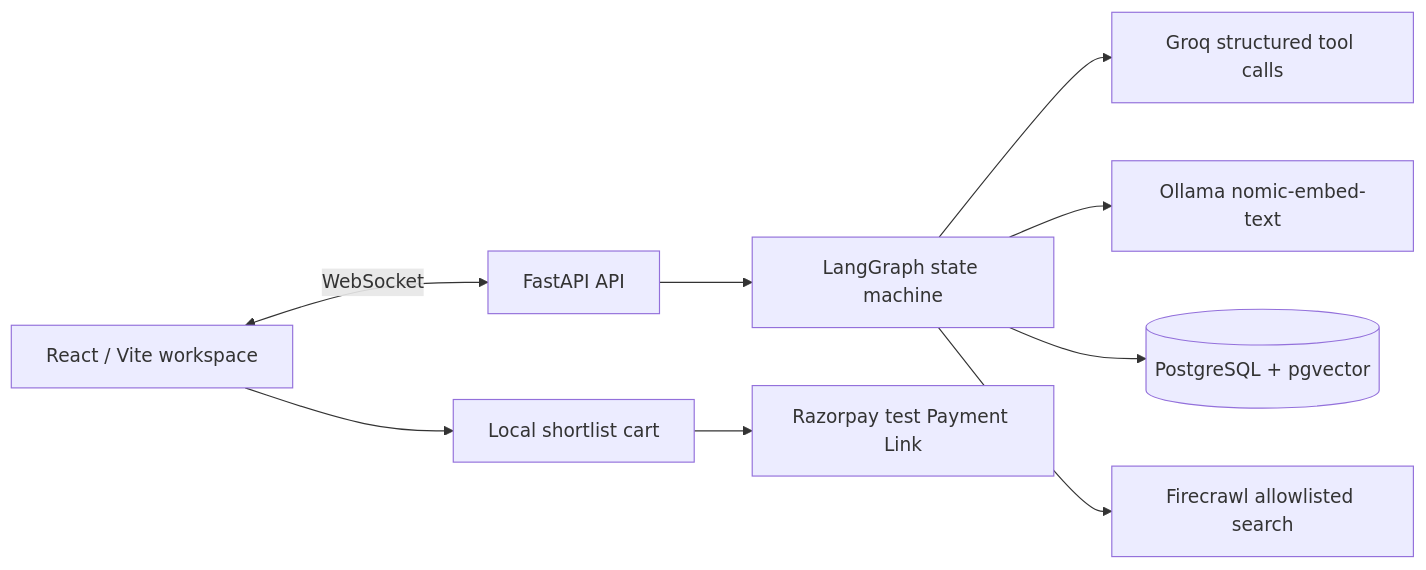
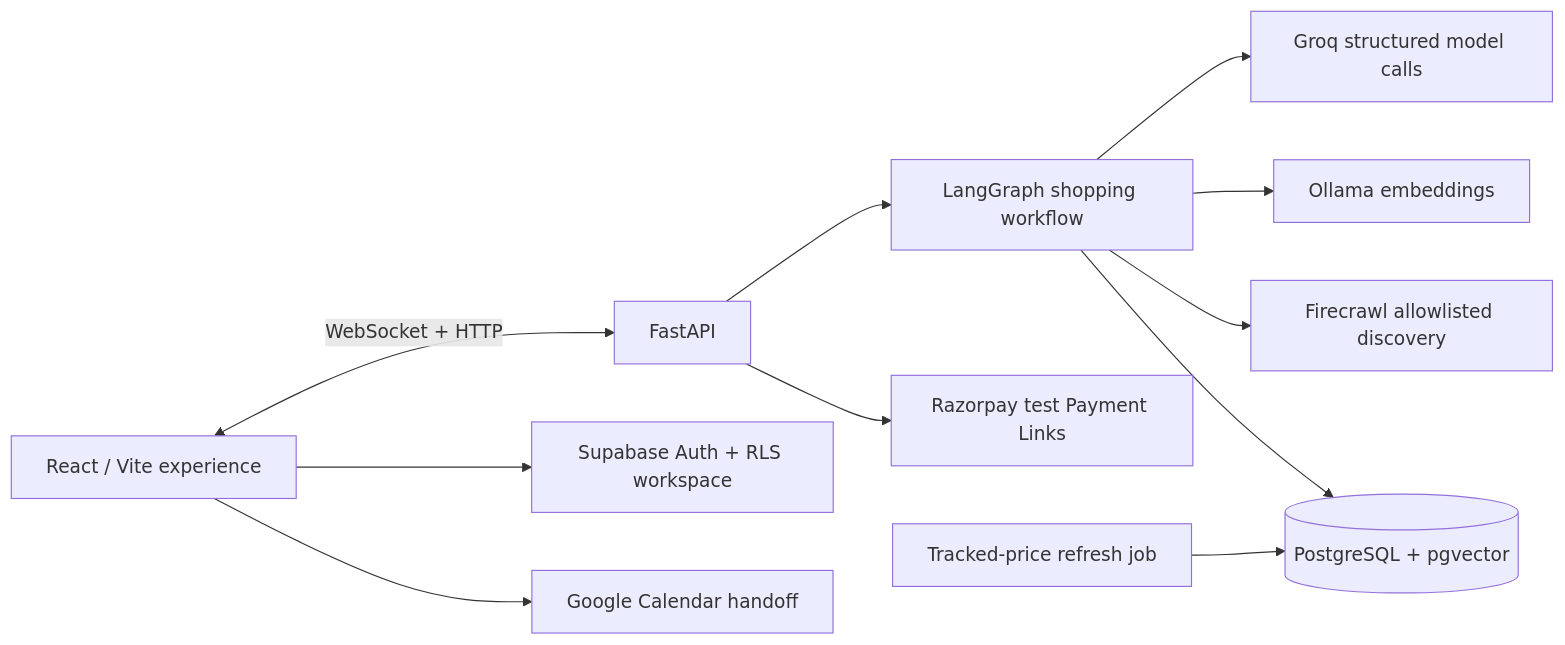
Before and after one commit to GarvGupta25/Pricewise: the second of 2 diagrams in README.md, drawn with Mermaid. The commit also changed other lines of this file and 4 other files, not shown here.

````diff
--- a/README.md
+++ b/README.md
@@ -38,11 +85,13 @@
 ```mermaid
 flowchart LR
-    UI["React / Vite workspace"] <-- WebSocket --> API["FastAPI API"]
-    API --> GRAPH["LangGraph state machine"]
-    GRAPH --> GROQ["Groq structured tool calls"]
-    GRAPH --> OLLAMA["Ollama nomic-embed-text"]
+    UI["React / Vite experience"] <-- WebSocket + HTTP --> API["FastAPI"]
+    API --> GRAPH["LangGraph shopping workflow"]
+    GRAPH --> GROQ["Groq structured model calls"]
+    GRAPH --> EMBED["Ollama embeddings"]
+    GRAPH --> FIRE["Firecrawl allowlisted discovery"]
     GRAPH --> DB[("PostgreSQL + pgvector")]
-    GRAPH --> FIRE["Firecrawl allowlisted search"]
-    UI --> CART["Local shortlist cart"]
-    CART --> PAY["Razorpay test Payment Link"]
+    UI --> SUPA["Supabase Auth + RLS workspace"]
+    API --> RAZOR["Razorpay test Payment Links"]
+    UI --> CAL["Google Calendar handoff"]
+    JOB["Tracked-price refresh job"] --> DB
 ```
````
